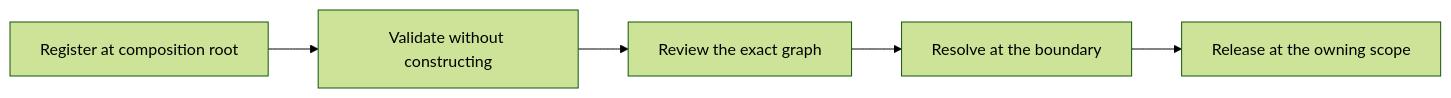
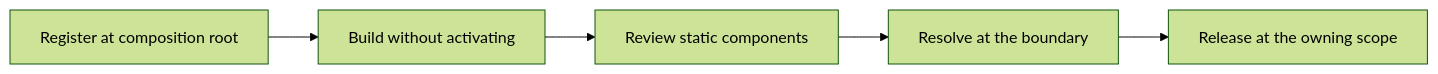
One commit to peter-daly/clean_ioc changed the diagram in docs/why-clean-ioc.md. Above: the diagram before and after it, drawn with Mermaid (forest theme). The commit also changed other lines of this file and 69 other files, not shown here.

````diff
--- a/docs/why-clean-ioc.md
+++ b/docs/why-clean-ioc.md
@@ -61,9 +61,9 @@
 ```mermaid
 flowchart LR
     register["Register at composition root"]
-    validate["Validate without constructing"]
-    explain["Review the exact graph"]
+    validate["Build without activating"]
+    explain["Review static components"]
     resolve["Resolve at the boundary"]
     cleanup["Release at the owning scope"]
     register --> validate --> explain --> resolve --> cleanup
 ```
````
